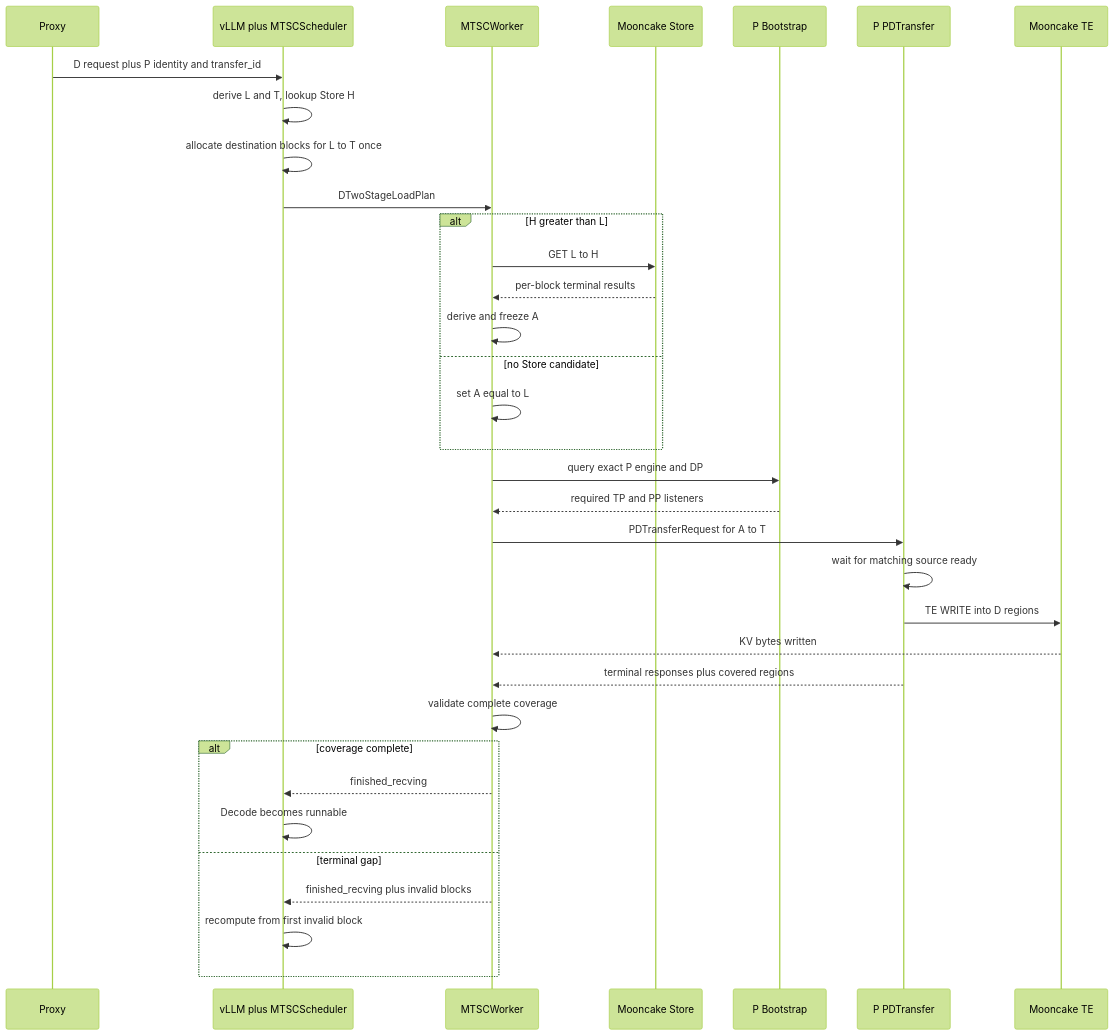
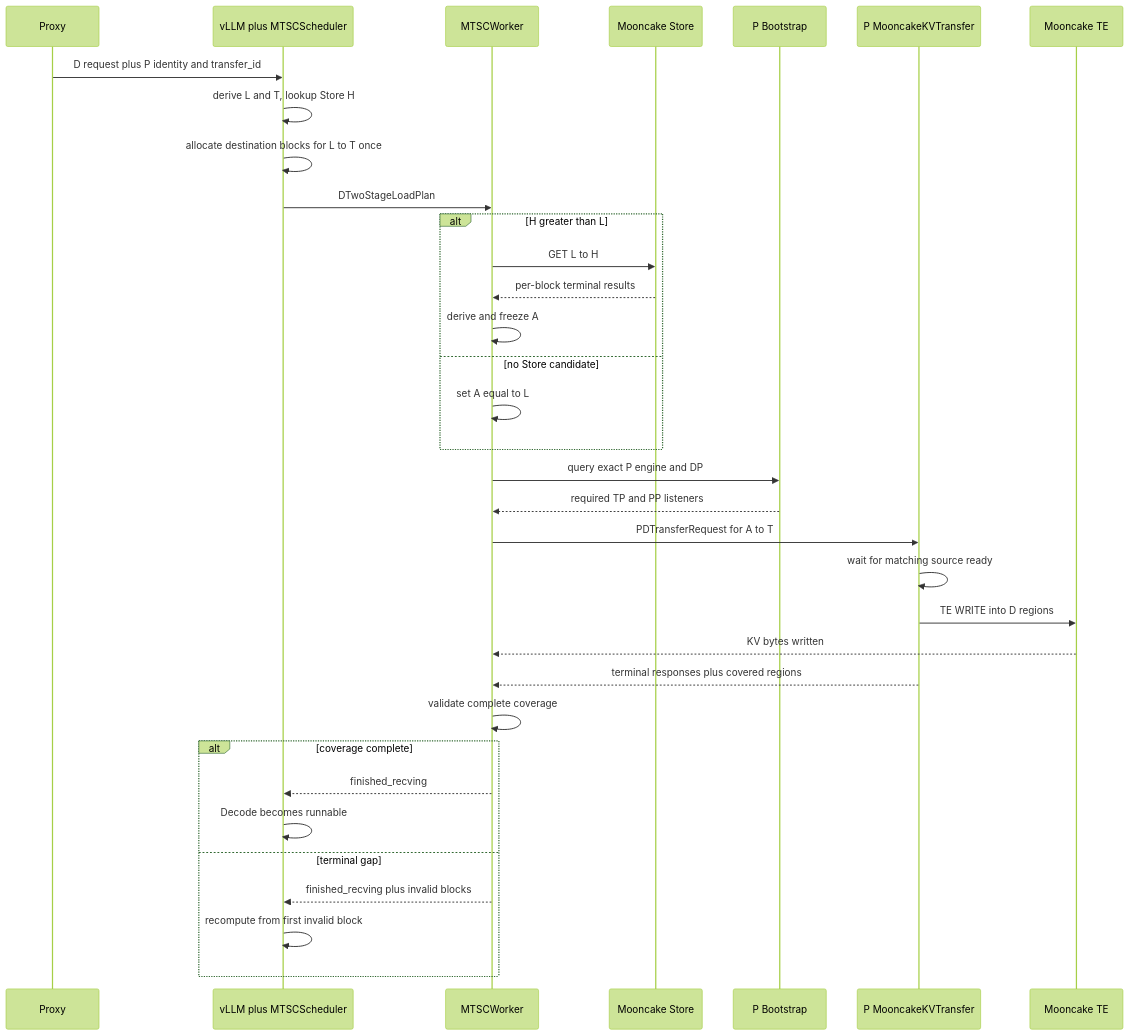
Before and after one commit to WangSu-X/MTSC: the third of 6 diagrams in docs/design/S03-decode设计.md, drawn with Mermaid (forest theme). The commit also changed other lines of this file and 20 other files, not shown here.

Commit message:
refactor(mtsc): implement Mooncake KVCachePool and KVTransfer

````diff
--- a/docs/design/S03-decode设计.md
+++ b/docs/design/S03-decode设计.md
@@ -288,37 +294,37 @@
 ```mermaid
 sequenceDiagram
     participant X as Proxy
     participant S as vLLM plus MTSCScheduler
     participant W as MTSCWorker
     participant ST as Mooncake Store
     participant B as P Bootstrap
-    participant P as P PDTransfer
+    participant P as P MooncakeKVTransfer
     participant TE as Mooncake TE
 
     X->>S: D request plus P identity and transfer_id
     S->>S: derive L and T, lookup Store H
     S->>S: allocate destination blocks for L to T once
     S->>W: DTwoStageLoadPlan
     alt H greater than L
         W->>ST: GET L to H
         ST-->>W: per-block terminal results
         W->>W: derive and freeze A
     else no Store candidate
         W->>W: set A equal to L
     end
     W->>B: query exact P engine and DP
     B-->>W: required TP and PP listeners
     W->>P: PDTransferRequest for A to T
     P->>P: wait for matching source ready
     P->>TE: TE WRITE into D regions
     TE-->>W: KV bytes written
     P-->>W: terminal responses plus covered regions
     W->>W: validate complete coverage
     alt coverage complete
         W-->>S: finished_recving
         S->>S: Decode becomes runnable
     else terminal gap
         W-->>S: finished_recving plus invalid blocks
         S->>S: recompute from first invalid block
     end
 ```
````
